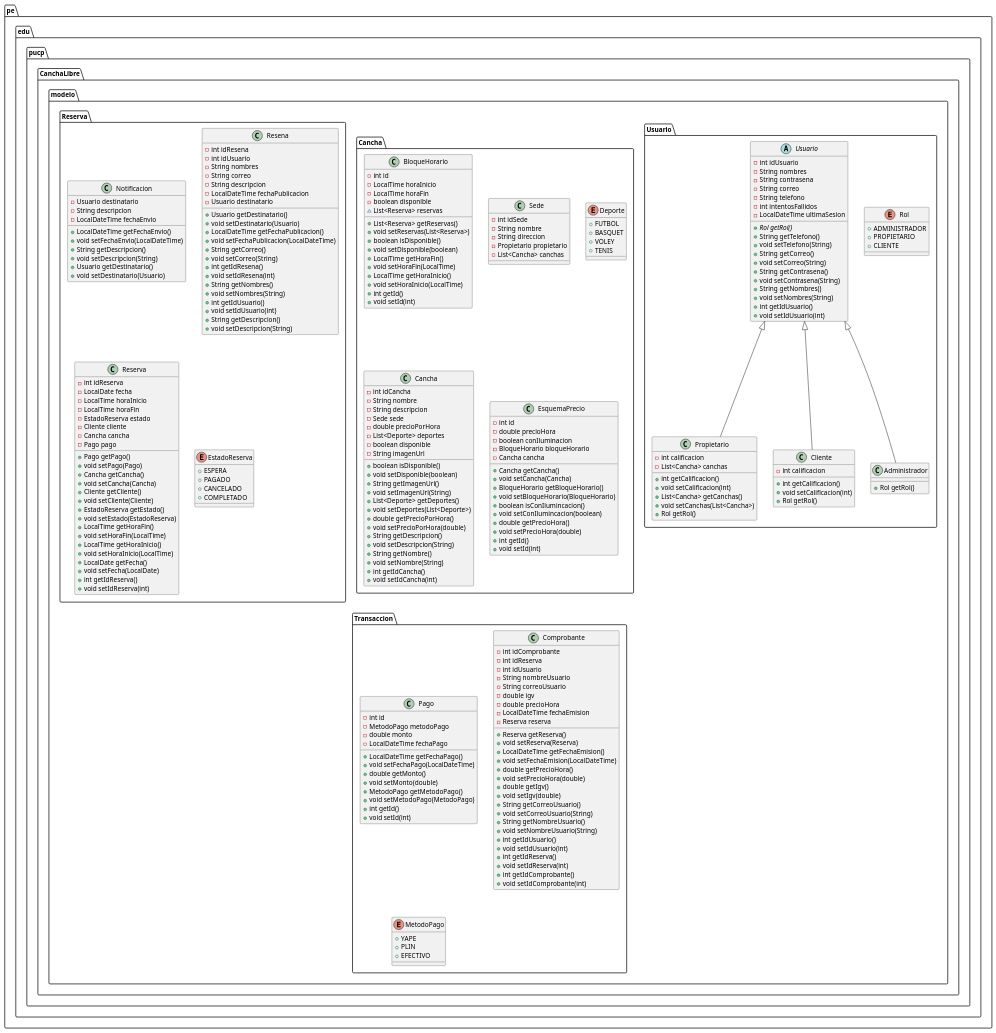
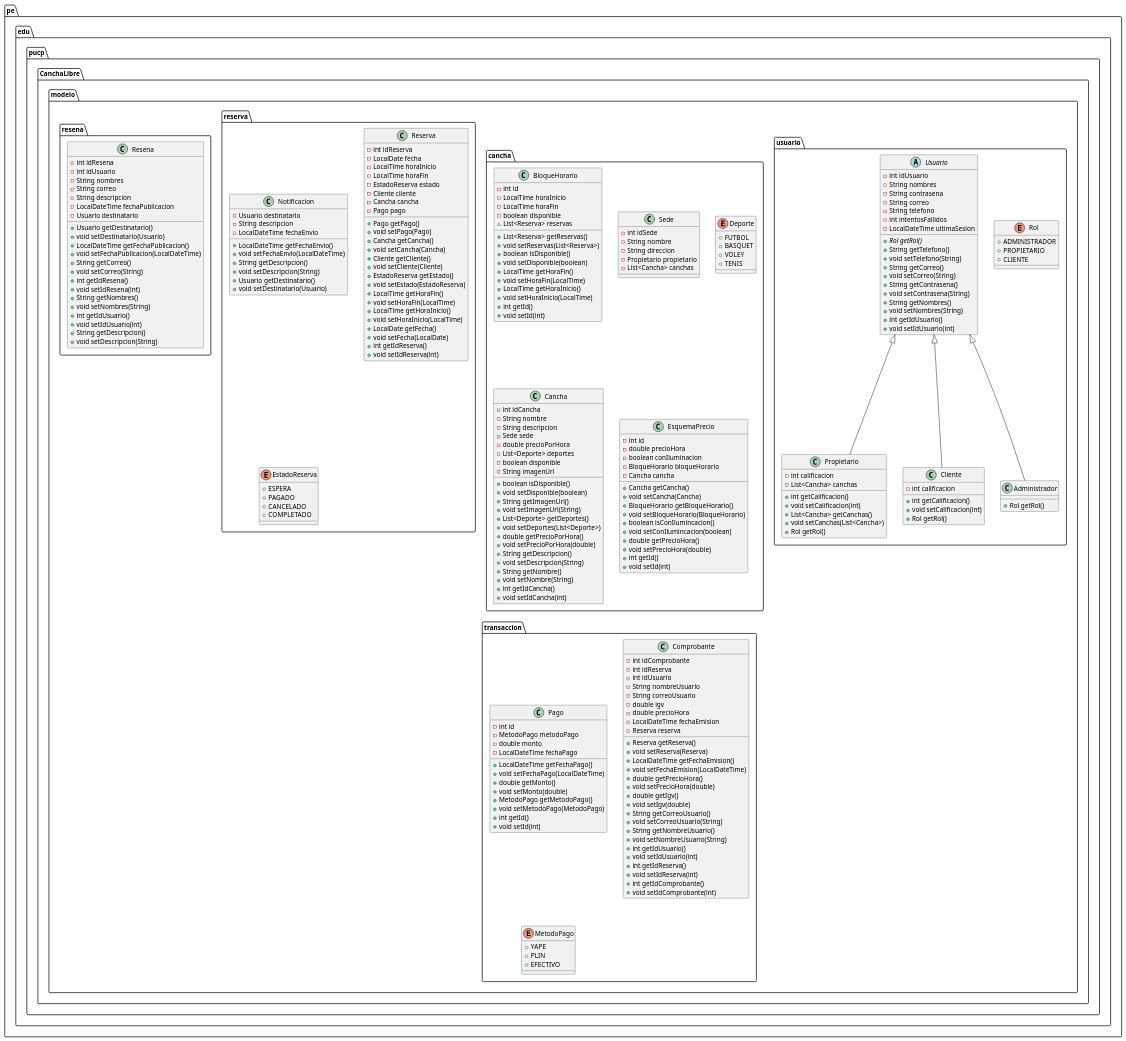
Before and after one commit to saulrmc/CanchaLibre: the diagram in UML.puml, drawn with PlantUML. The commit also changed 8 other files, not shown here.

```diff
--- a/UML.puml
+++ b/UML.puml
@@ -1,11 +1,11 @@
 @startuml
-enum pe.edu.pucp.CanchaLibre.modelo.Usuario.Rol {
+enum pe.edu.pucp.CanchaLibre.modelo.usuario.Rol {
 +  ADMINISTRADOR
 +  PROPIETARIO
 +  CLIENTE
 }
 
-class pe.edu.pucp.CanchaLibre.modelo.Cancha.BloqueHorario {
+class pe.edu.pucp.CanchaLibre.modelo.cancha.BloqueHorario {
 - int id
 - LocalTime horaInicio
 - LocalTime horaFin
@@ -24,7 +24,7 @@
 }
 
 
-class pe.edu.pucp.CanchaLibre.modelo.Reserva.Notificacion {
+class pe.edu.pucp.CanchaLibre.modelo.reserva.Notificacion {
 - Usuario destinatario
 - String descripcion
 - LocalDateTime fechaEnvio
@@ -37,7 +37,7 @@
 }
 
 
-class pe.edu.pucp.CanchaLibre.modelo.Cancha.Sede {
+class pe.edu.pucp.CanchaLibre.modelo.cancha.Sede {
 - int idSede
 - String nombre
 - String direccion
@@ -45,7 +45,7 @@
 - List<Cancha> canchas
 }
 
-class pe.edu.pucp.CanchaLibre.modelo.Transaccion.Pago {
+class pe.edu.pucp.CanchaLibre.modelo.transaccion.Pago {
 - int id
 - MetodoPago metodoPago
 - double monto
@@ -61,14 +61,14 @@
 }
 
 
-enum pe.edu.pucp.CanchaLibre.modelo.Cancha.Deporte {
+enum pe.edu.pucp.CanchaLibre.modelo.cancha.Deporte {
 +  FUTBOL
 +  BASQUET
 +  VOLEY
 +  TENIS
 }
 
-class pe.edu.pucp.CanchaLibre.modelo.Usuario.Propietario {
+class pe.edu.pucp.CanchaLibre.modelo.usuario.Propietario {
 - int calificacion
 - List<Cancha> canchas
 + int getCalificacion()
@@ -79,7 +79,7 @@
 }
 
 
-class pe.edu.pucp.CanchaLibre.modelo.Cancha.Cancha {
+class pe.edu.pucp.CanchaLibre.modelo.cancha.Cancha {
 - int idCancha
 - String nombre
 - String descripcion
@@ -105,7 +105,7 @@
 }
 
 
-class pe.edu.pucp.CanchaLibre.modelo.Transaccion.Comprobante {
+class pe.edu.pucp.CanchaLibre.modelo.transaccion.Comprobante {
 - int idComprobante
 - int idReserva
 - int idUsuario
@@ -136,7 +136,7 @@
 }
 
 
-class pe.edu.pucp.CanchaLibre.modelo.Usuario.Cliente {
+class pe.edu.pucp.CanchaLibre.modelo.usuario.Cliente {
 - int calificacion
 + int getCalificacion()
 + void setCalificacion(int)
@@ -144,7 +144,7 @@
 }
 
 
-class pe.edu.pucp.CanchaLibre.modelo.Reserva.Resena {
+class pe.edu.pucp.CanchaLibre.modelo.resena.Resena {
 - int idResena
 - int idUsuario
 - String nombres
@@ -169,7 +169,7 @@
 }
 
 
-class pe.edu.pucp.CanchaLibre.modelo.Reserva.Reserva {
+class pe.edu.pucp.CanchaLibre.modelo.reserva.Reserva {
 - int idReserva
 - LocalDate fecha
 - LocalTime horaInicio
@@ -197,7 +197,7 @@
 }
 
 
-abstract class pe.edu.pucp.CanchaLibre.modelo.Usuario.Usuario {
+abstract class pe.edu.pucp.CanchaLibre.modelo.usuario.Usuario {
 - int idUsuario
 - String nombres
 - String contrasena
@@ -219,24 +219,24 @@
 }
 
 
-enum pe.edu.pucp.CanchaLibre.modelo.Reserva.EstadoReserva {
+enum pe.edu.pucp.CanchaLibre.modelo.reserva.EstadoReserva {
 +  ESPERA
 +  PAGADO
 +  CANCELADO
 +  COMPLETADO
 }
 
-enum pe.edu.pucp.CanchaLibre.modelo.Transaccion.MetodoPago {
+enum pe.edu.pucp.CanchaLibre.modelo.transaccion.MetodoPago {
 +  YAPE
 +  PLIN
 +  EFECTIVO
 }
 
-class pe.edu.pucp.CanchaLibre.modelo.Usuario.Administrador {
+class pe.edu.pucp.CanchaLibre.modelo.usuario.Administrador {
 + Rol getRol()
 }
 
-class pe.edu.pucp.CanchaLibre.modelo.Cancha.EsquemaPrecio {
+class pe.edu.pucp.CanchaLibre.modelo.cancha.EsquemaPrecio {
 - int id
 - double precioHora
 - boolean conIluminacion
@@ -257,7 +257,7 @@
 
 
 
-pe.edu.pucp.CanchaLibre.modelo.Usuario.Usuario <|-- pe.edu.pucp.CanchaLibre.modelo.Usuario.Propietario
-pe.edu.pucp.CanchaLibre.modelo.Usuario.Usuario <|-- pe.edu.pucp.CanchaLibre.modelo.Usuario.Cliente
-pe.edu.pucp.CanchaLibre.modelo.Usuario.Usuario <|-- pe.edu.pucp.CanchaLibre.modelo.Usuario.Administrador
+pe.edu.pucp.CanchaLibre.modelo.usuario.Usuario <|-- pe.edu.pucp.CanchaLibre.modelo.usuario.Propietario
+pe.edu.pucp.CanchaLibre.modelo.usuario.Usuario <|-- pe.edu.pucp.CanchaLibre.modelo.usuario.Cliente
+pe.edu.pucp.CanchaLibre.modelo.usuario.Usuario <|-- pe.edu.pucp.CanchaLibre.modelo.usuario.Administrador
 @enduml
```
